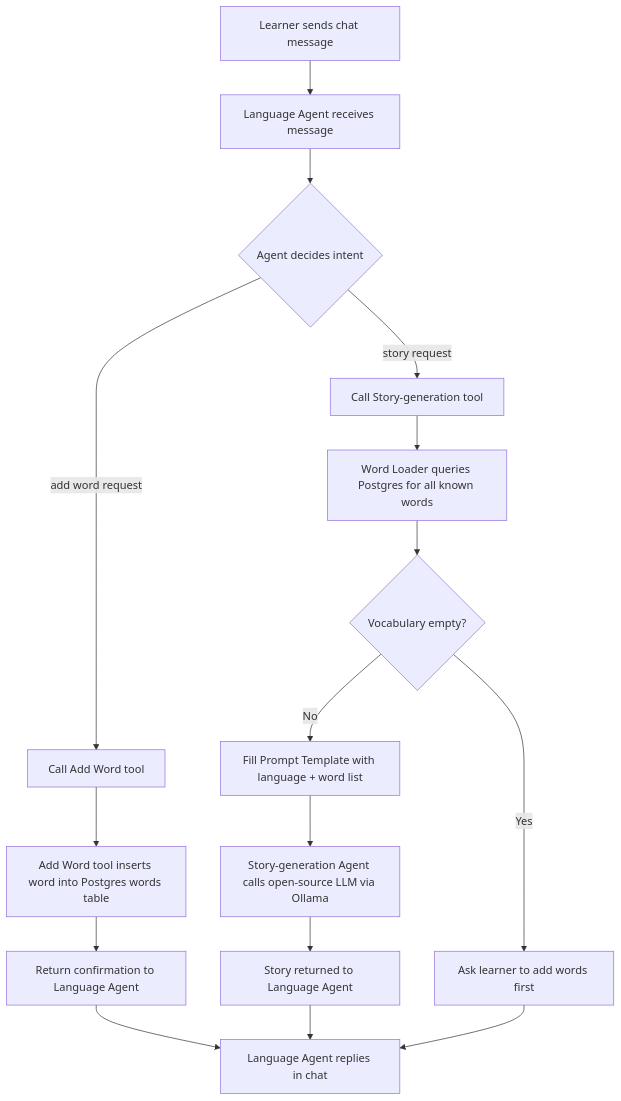
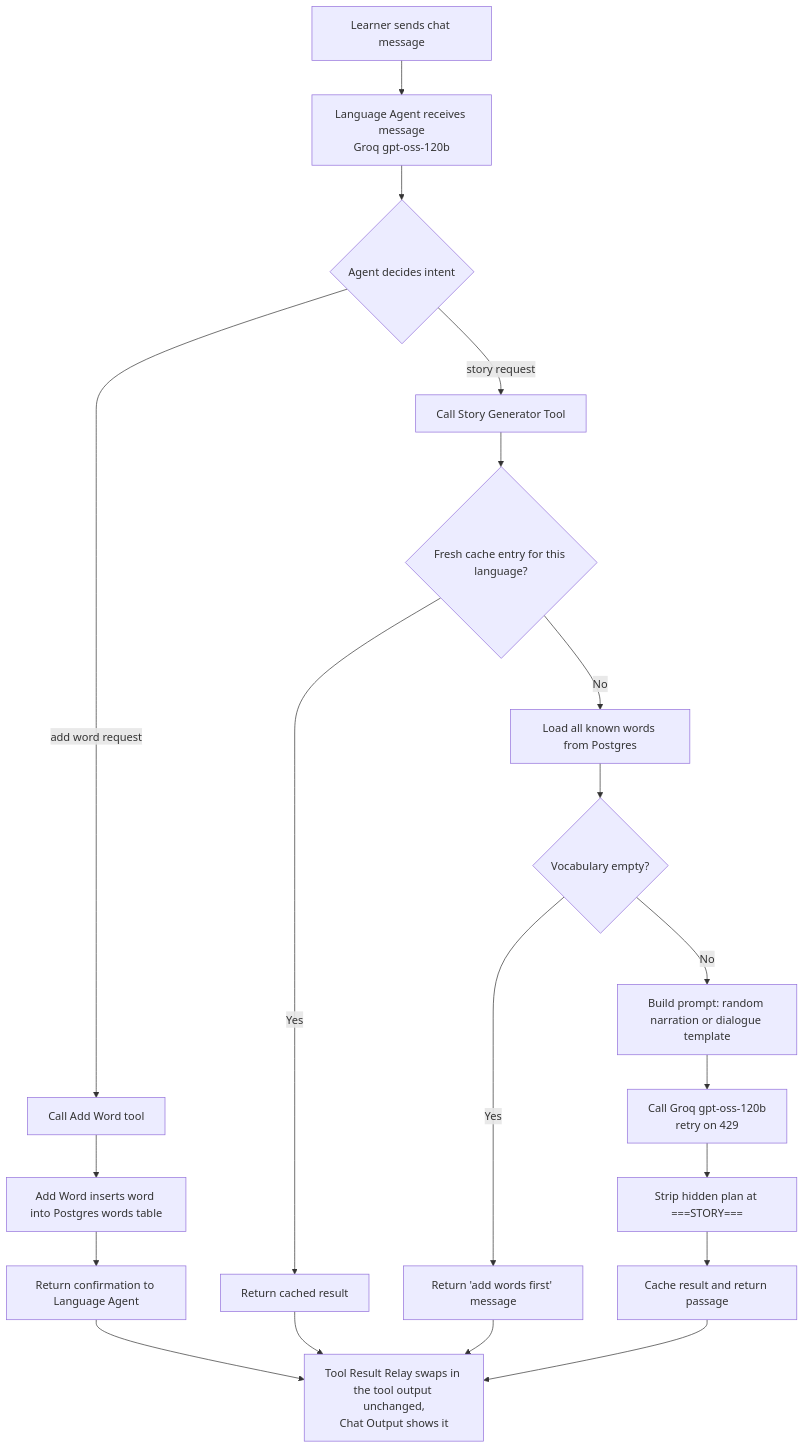
The diagram in docs/workflow-diagram.md (stanley-yang-2001/bpllc_project), drawn with Mermaid before and after one commit. The commit also changed other lines of this file and 48 other files, not shown here.

````diff
--- a/docs/workflow-diagram.md
+++ b/docs/workflow-diagram.md
@@ -3,21 +3,25 @@
 ```mermaid
 flowchart TD
-    A[Learner sends chat message] --> B[Language Agent receives message]
+    A[Learner sends chat message] --> B[Language Agent receives message<br/>Groq gpt-oss-120b]
     B --> C{Agent decides intent}
 
     C -->|"add word" request| D[Call Add Word tool]
-    C -->|"story" request| E[Call Story-generation tool]
+    C -->|"story" request| E[Call Story Generator Tool]
 
-    D --> D1[Add Word tool inserts word into Postgres words table]
+    D --> D1[Add Word inserts word into Postgres words table]
     D1 --> D2[Return confirmation to Language Agent]
-    D2 --> Z[Language Agent replies in chat]
+    D2 --> Z[Tool Result Relay swaps in the tool output unchanged,<br/>Chat Output shows it]
 
-    E --> E1[Word Loader queries Postgres for all known words]
+    E --> E0{Fresh cache entry for this language?}
+    E0 -->|Yes| E7[Return cached result]
+    E0 -->|No| E1[Load all known words from Postgres]
     E1 --> E2{Vocabulary empty?}
-    E2 -->|Yes| E3[Ask learner to add words first]
-    E2 -->|No| E4[Fill Prompt Template with language + word list]
-    E4 --> E5[Story-generation Agent calls open-source LLM via Ollama]
-    E5 --> E6[Story returned to Language Agent]
-    E6 --> Z
+    E2 -->|Yes| E3[Return 'add words first' message]
+    E2 -->|No| E4[Build prompt: random narration or dialogue template]
+    E4 --> E5[Call Groq gpt-oss-120b<br/>retry on 429]
+    E5 --> E6[Strip hidden plan at ===STORY===]
+    E6 --> E8[Cache result and return passage]
+    E7 --> Z
     E3 --> Z
+    E8 --> Z
 ```
````
